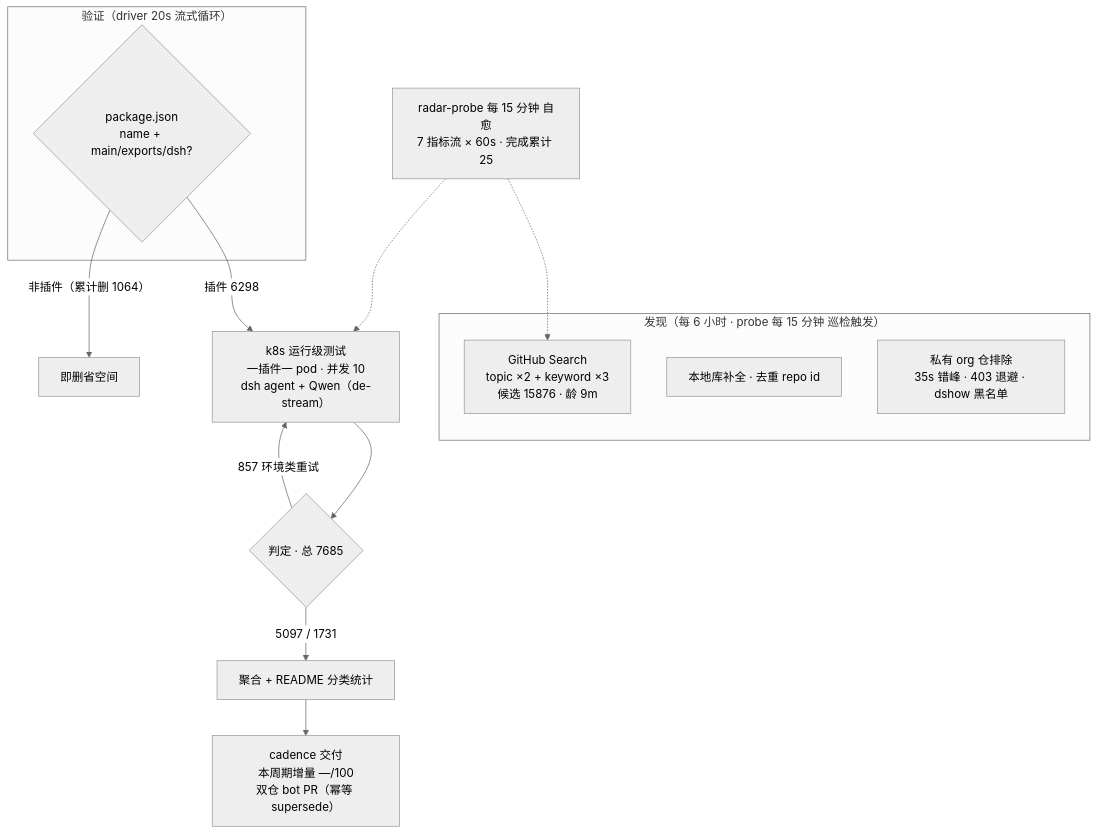
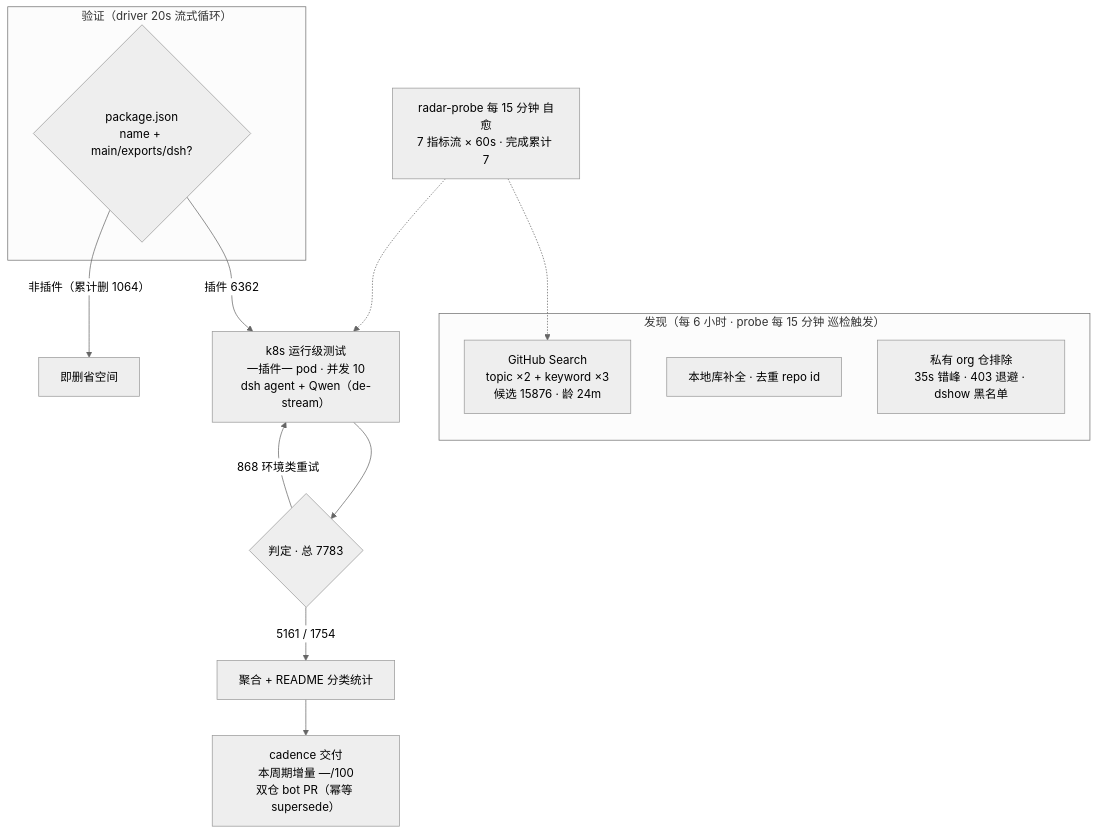
Before and after one commit to Zhidao-Lab-OSS/awesome-dsh-plugins: the diagram in README.md, drawn with Mermaid (neutral theme). The commit also changed other lines of this file and 1 other file, not shown here.

````diff
--- a/README.md
+++ b/README.md
@@ -37,20 +37,20 @@
 ```mermaid
 flowchart TB
     subgraph Discovery["发现（每 6 小时 · probe 每 15 分钟 巡检触发）"]
-        A1["GitHub Search<br/>topic ×2 + keyword ×3<br/>候选 15876 · 龄 9m"]
+        A1["GitHub Search<br/>topic ×2 + keyword ×3<br/>候选 15876 · 龄 24m"]
         A2["本地库补全 · 去重 repo id"]
         A3["私有 org 仓排除<br/>35s 错峰 · 403 退避 · dshow 黑名单"]
     end
     subgraph Validation["验证（driver 20s 流式循环）"]
         B1{"package.json<br/>name + main/exports/dsh?"}
     end
-    B1 -->|"插件 6298"| C1["k8s 运行级测试<br/>一插件一 pod · 并发 10<br/>dsh agent + Qwen（de-stream）"]
+    B1 -->|"插件 6362"| C1["k8s 运行级测试<br/>一插件一 pod · 并发 10<br/>dsh agent + Qwen（de-stream）"]
     B1 -->|"非插件（累计删 1064）"| B3["即删省空间"]
-    C1 --> D1{"判定 · 总 7685"}
-    D1 -->|"5097 / 1731"| E1["聚合 + README 分类统计"]
-    D1 -->|"857 环境类重试"| C1
+    C1 --> D1{"判定 · 总 7783"}
+    D1 -->|"5161 / 1754"| E1["聚合 + README 分类统计"]
+    D1 -->|"868 环境类重试"| C1
     E1 --> E2["cadence 交付<br/>本周期增量 —/100<br/>双仓 bot PR（幂等 supersede）"]
-    M["radar-probe 每 15 分钟 自愈<br/>7 指标流 × 60s · 完成累计 25"]
+    M["radar-probe 每 15 分钟 自愈<br/>7 指标流 × 60s · 完成累计 7"]
     M -.-> A1
     M -.-> C1
 ```
````
